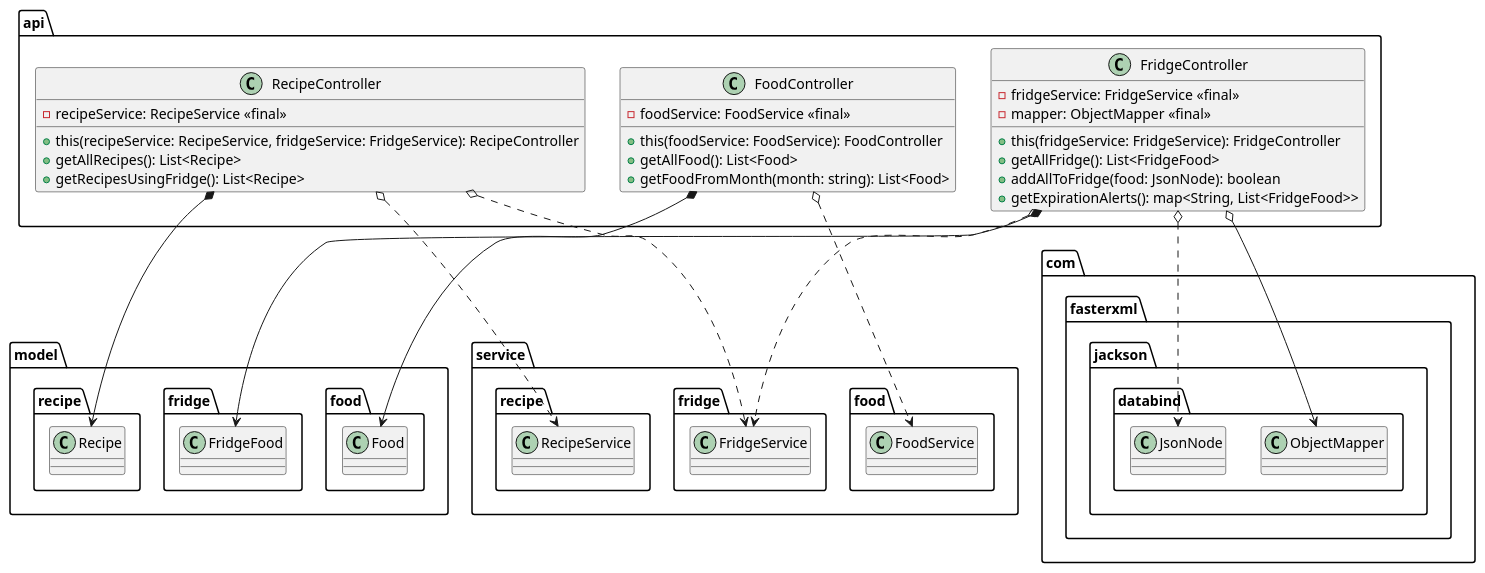
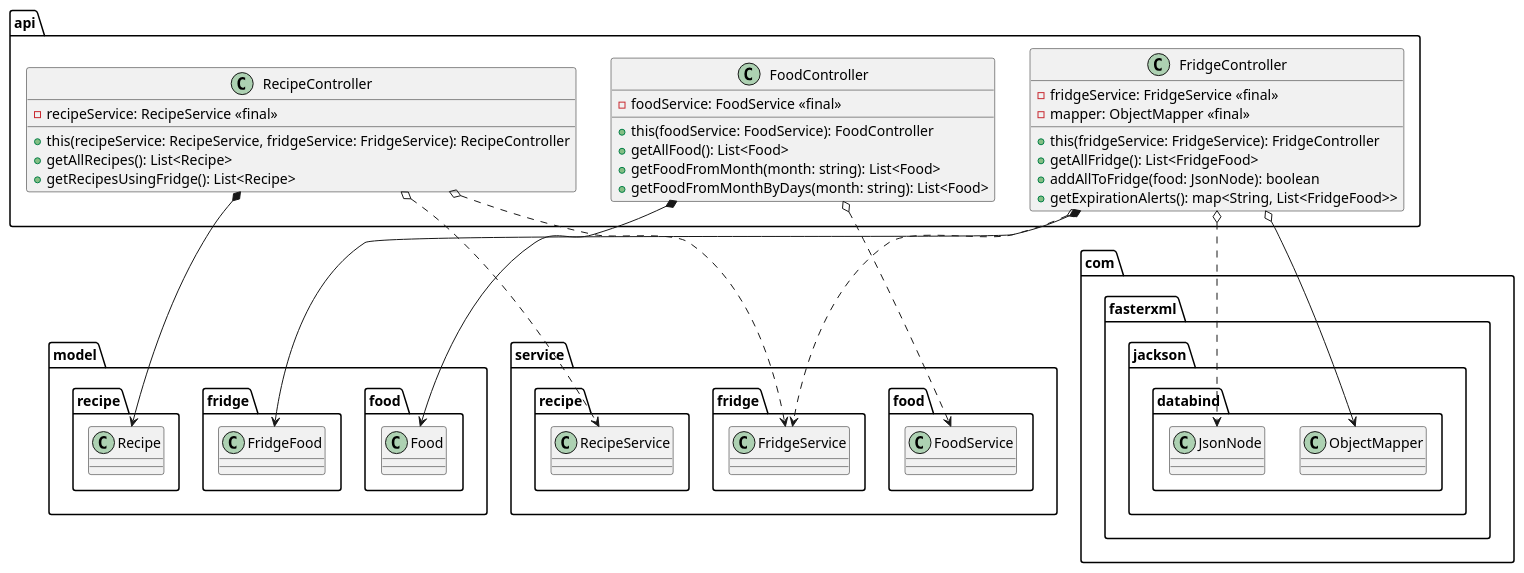
Before and after one commit to romainvacheret/wadge-backend: the diagram in docs/diagram/class/api.puml, drawn with PlantUML. The commit also changed 5 other files, not shown here.

Commit message:
docs: match code and class diagrams

```diff
--- a/docs/diagram/class/api.puml
+++ b/docs/diagram/class/api.puml
@@ -1,70 +1,71 @@
 @startuml api
 
 package model {
     package food {
         class Food {}
     }
 
     package fridge {
         class FridgeFood {}
     }
 
     package recipe {
         class Recipe {}
     }
 }
 
 package com.fasterxml.jackson.databind {
     class ObjectMapper {}
     class JsonNode {}
 }
 
 package service.food {
     class FoodService {}
 }
 
 package service.fridge {
     class FridgeService {}
 }
 
 package service.recipe {
     class RecipeService {}
 }
 
 package api {
     class FoodController {
         - foodService: FoodService <<final>>
         + this(foodService: FoodService): FoodController
         + getAllFood(): List<Food>
         + getFoodFromMonth(month: string): List<Food>
+        + getFoodFromMonthByDays(month: string): List<Food>
     }
 
     class FridgeController {
         - fridgeService: FridgeService <<final>>
         - mapper: ObjectMapper <<final>>
         + this(fridgeService: FridgeService): FridgeController
         + getAllFridge(): List<FridgeFood>
         + addAllToFridge(food: JsonNode): boolean
         + getExpirationAlerts(): map<String, List<FridgeFood>>
     }
 
     class RecipeController {
         - recipeService: RecipeService <<final>>
         + this(recipeService: RecipeService, fridgeService: FridgeService): RecipeController
         + getAllRecipes(): List<Recipe>
         + getRecipesUsingFridge(): List<Recipe>
     }
 }
 
 FoodController *--> Food
 FoodController o..> FoodService
 
 FridgeController *--> FridgeFood
 FridgeController o--> ObjectMapper
 FridgeController o..> FridgeService
 FridgeController o..> JsonNode
 
 RecipeController *--> Recipe
 RecipeController o..> RecipeService
 RecipeController o..> FridgeService
 @enduml
```
